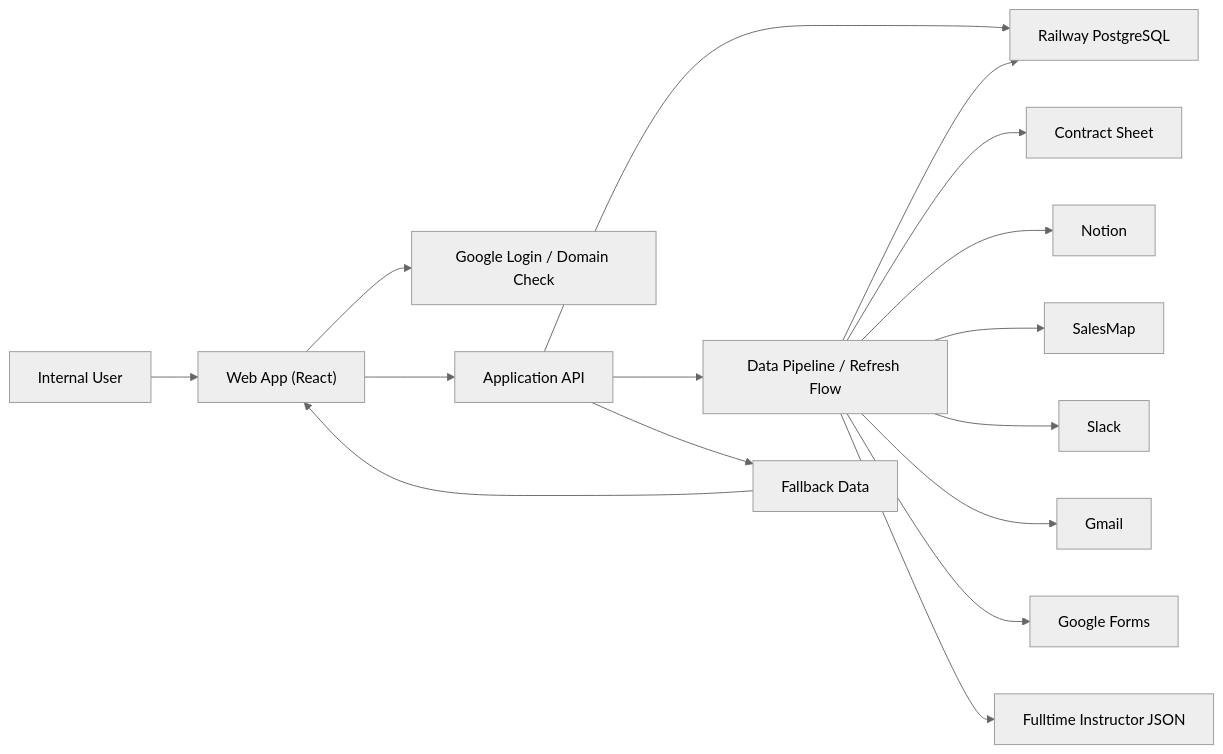
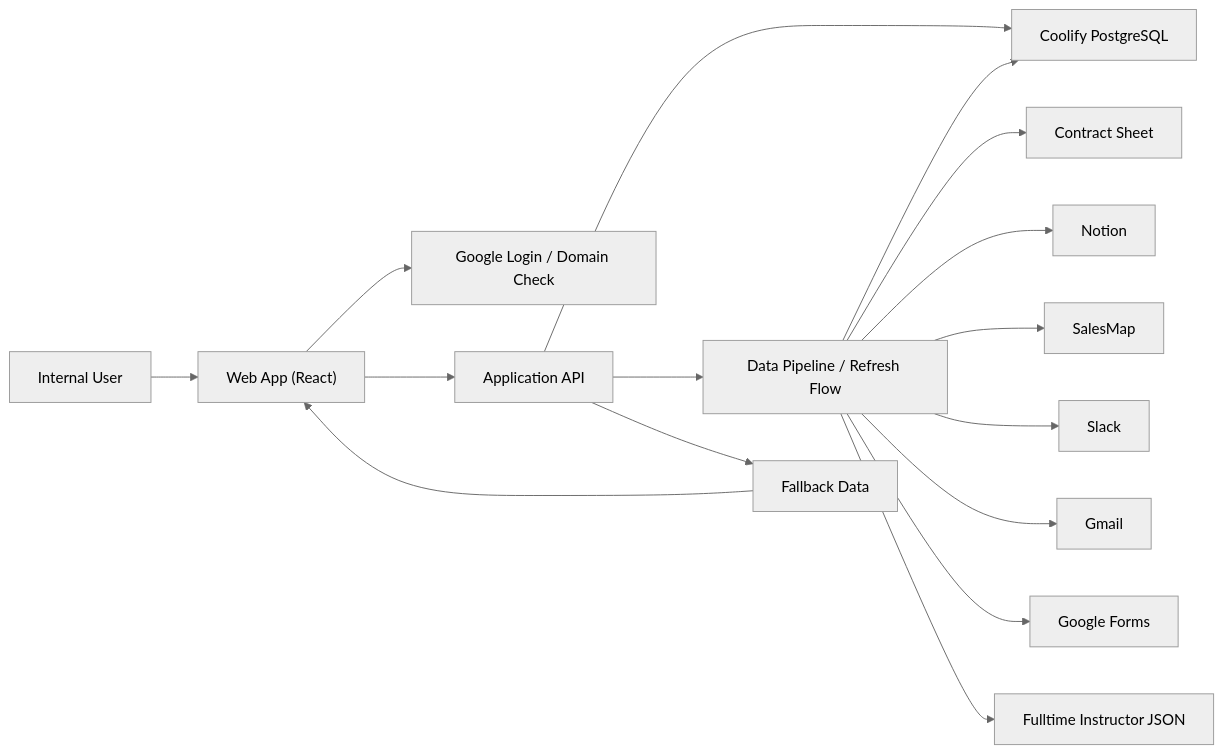
One commit to minsunkim-ship-it/instructor_dashboard-v2 changed the diagram in docs/02_system_architecture.md. Above: the diagram before and after it, drawn with Mermaid (neutral theme). The commit also changed other lines of this file and 9 other files, not shown here.

````diff
--- a/docs/02_system_architecture.md
+++ b/docs/02_system_architecture.md
@@ -83,18 +83,18 @@
 ```mermaid
 flowchart LR
   U["Internal User"] --> FE["Web App (React)"]
   FE --> AUTH["Google Login / Domain Check"]
   FE --> API["Application API"]
-  API --> DB["Railway PostgreSQL"]
+  API --> DB["Coolify PostgreSQL"]
   API --> PIPE["Data Pipeline / Refresh Flow"]
   PIPE --> DB
   PIPE --> SRC1["Contract Sheet"]
   PIPE --> SRC2["Notion"]
   PIPE --> SRC3["SalesMap"]
   PIPE --> SRC4["Slack"]
   PIPE --> SRC5["Gmail"]
   PIPE --> SRC6["Google Forms"]
   PIPE --> SRC7["Fulltime Instructor JSON"]
   API --> FB["Fallback Data"]
   FB --> FE
 ```
````
